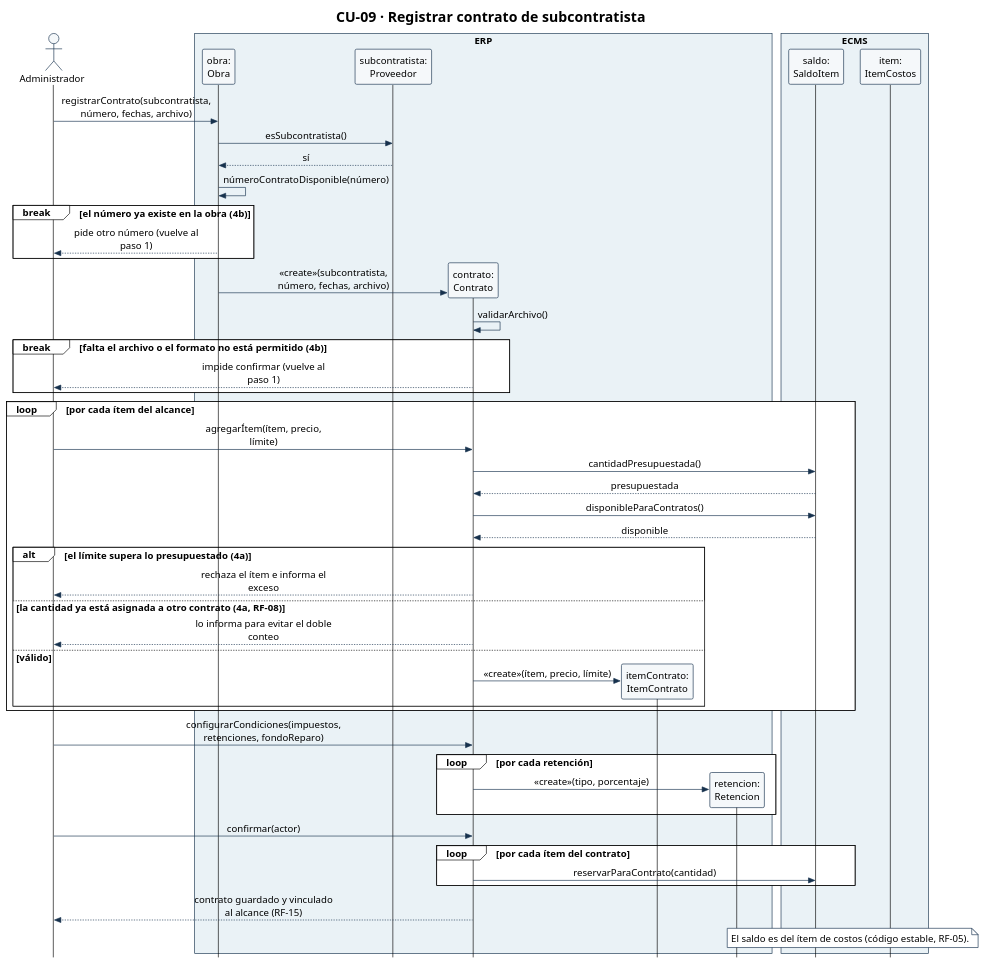
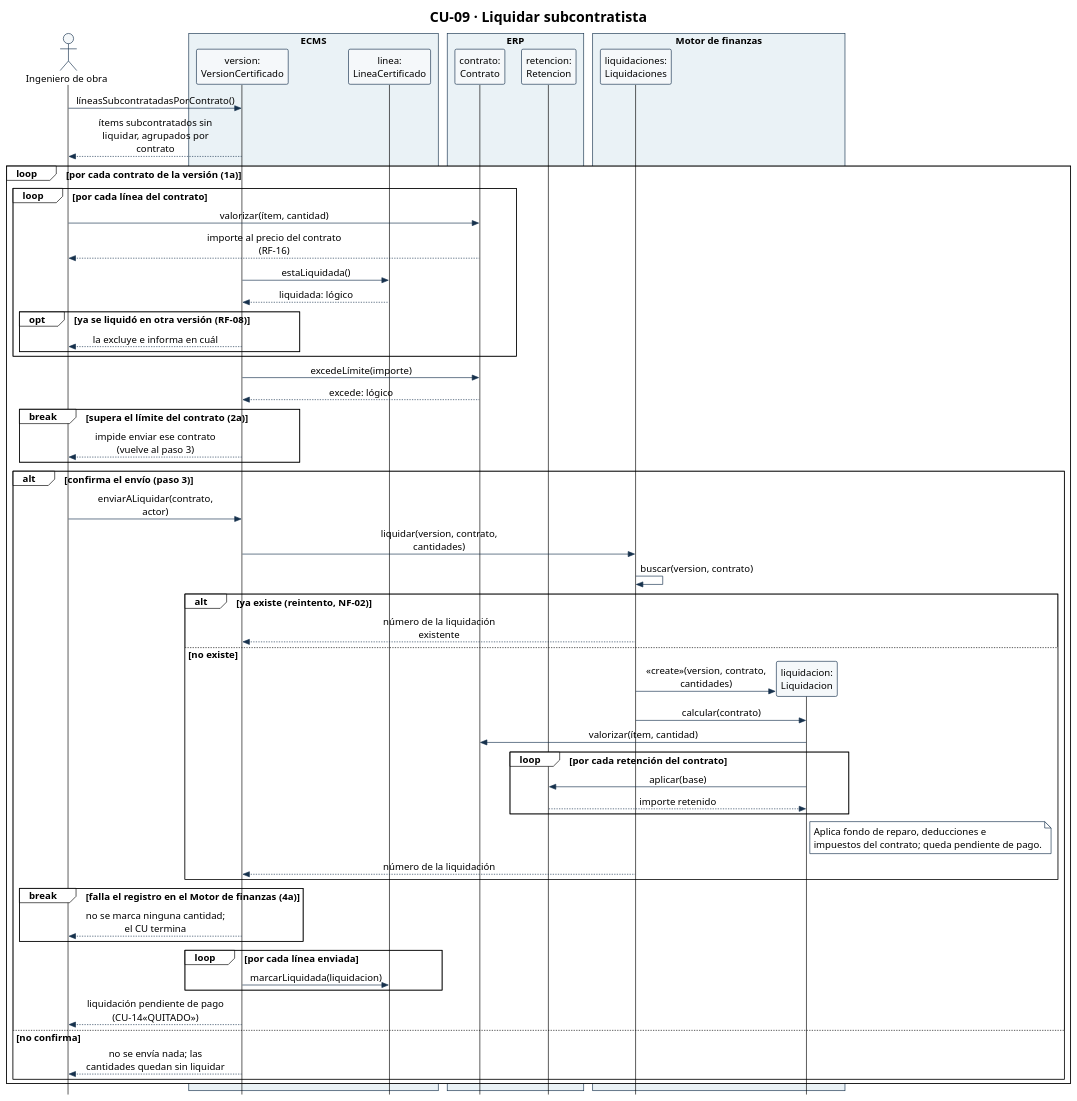
The diagram in diagramas/CU-09-secuencia.puml (Ssrrb/tpf-uca), drawn with PlantUML before and after one commit. The commit also changed 51 other files, not shown here.

First line of the commit message:
Renumera los diagramas de CU 1 al 16 en orden de dependencia y saca los que salen del MVP

```diff
--- a/diagramas/CU-09-secuencia.puml
+++ b/diagramas/CU-09-secuencia.puml
@@ -1,77 +1,86 @@
 @startuml
 !theme plain
 skinparam style strictuml
 skinparam shadowing false
 skinparam defaultFontName Arial
 skinparam defaultFontSize 15
 skinparam sequenceMessageAlign center
 skinparam maxMessageSize 220
 skinparam ParticipantPadding 8
 skinparam BoxPadding 6
 skinparam ParticipantBackgroundColor #F5F8FA
 skinparam ParticipantBorderColor #17324D
 skinparam ActorBorderColor #17324D
 skinparam ActorBackgroundColor #F5F8FA
 skinparam ArrowColor #17324D
 skinparam SequenceBoxBorderColor #17324D
 skinparam note {
   BackgroundColor #FFFFFF
   BorderColor #17324D
 }
 hide footbox
-title CU-09 · Registrar contrato de subcontratista
-actor "Administrador" as Admin
+title CU-09 · Liquidar subcontratista
+actor "Ingeniero de obra" as Ing
+box "ECMS" #EAF2F6
+participant "version:\nVersionCertificado" as V
+participant "linea:\nLineaCertificado" as Lin
+end box
 box "ERP" #EAF2F6
-participant "obra:\nObra" as Obra
-participant "subcontratista:\nProveedor" as Prov
 participant "contrato:\nContrato" as Con
-participant "itemContrato:\nItemContrato" as IC
 participant "retencion:\nRetencion" as Ret
 end box
-box "ECMS" #EAF2F6
-participant "saldo:\nSaldoItem" as Saldo
-participant "item:\nItemCostos" as Item
+box "Motor de finanzas" #EAF2F6
+participant "liquidaciones:\nLiquidaciones" as Mot
+participant "liquidacion:\nLiquidacion" as Liq
 end box
 
-Admin -> Obra: registrarContrato(subcontratista, número, fechas, archivo)
-Obra -> Prov: esSubcontratista()
-Prov --> Obra: sí
-Obra -> Obra: númeroContratoDisponible(número)
-break el número ya existe en la obra (4b)
-  Obra --> Admin: pide otro número (vuelve al paso 1)
-end
-create Con
-Obra -> Con: «create»(subcontratista, número, fechas, archivo)
-Con -> Con: validarArchivo()
-break falta el archivo o el formato no está permitido (4b)
-  Con --> Admin: impide confirmar (vuelve al paso 1)
-end
-loop por cada ítem del alcance
-  Admin -> Con: agregarÍtem(ítem, precio, límite)
-  Con -> Saldo: cantidadPresupuestada()
-  Saldo --> Con: presupuestada
-  Con -> Saldo: disponibleParaContratos()
-  Saldo --> Con: disponible
-  alt el límite supera lo presupuestado (4a)
-    Con --> Admin: rechaza el ítem e informa el exceso
-  else la cantidad ya está asignada a otro contrato (4a, RF-08)
-    Con --> Admin: lo informa para evitar el doble conteo
-  else válido
-    create IC
-    Con -> IC: «create»(ítem, precio, límite)
+Ing -> V: líneasSubcontratadasPorContrato()
+V --> Ing: ítems subcontratados sin liquidar, agrupados por contrato
+loop por cada contrato de la versión (1a)
+  loop por cada línea del contrato
+    Ing -> Con: valorizar(ítem, cantidad)
+    Con --> Ing: importe al precio del contrato (RF-16)
+    V -> Lin: estaLiquidada()
+    Lin --> V: liquidada: lógico
+    opt ya se liquidó en otra versión (RF-08)
+      V --> Ing: la excluye e informa en cuál
+    end
+  end
+  V -> Con: excedeLímite(importe)
+  Con --> V: excede: lógico
+  break supera el límite del contrato (2a)
+    V --> Ing: impide enviar ese contrato (vuelve al paso 3)
+  end
+  alt confirma el envío (paso 3)
+    Ing -> V: enviarALiquidar(contrato, actor)
+    V -> Mot: liquidar(version, contrato, cantidades)
+    Mot -> Mot: buscar(version, contrato)
+    alt ya existe (reintento, NF-02)
+      Mot --> V: número de la liquidación existente
+    else no existe
+      create Liq
+      Mot -> Liq: «create»(version, contrato, cantidades)
+      Mot -> Liq: calcular(contrato)
+      Liq -> Con: valorizar(ítem, cantidad)
+      loop por cada retención del contrato
+        Liq -> Ret: aplicar(base)
+        Ret --> Liq: importe retenido
+      end
+      note right of Liq
+        Aplica fondo de reparo, deducciones e
+        impuestos del contrato; queda pendiente de pago.
+      end note
+      Mot --> V: número de la liquidación
+    end
+    break falla el registro en el Motor de finanzas (4a)
+      V --> Ing: no se marca ninguna cantidad; el CU termina
+    end
+    loop por cada línea enviada
+      V -> Lin: marcarLiquidada(liquidacion)
+    end
+    V --> Ing: liquidación pendiente de pago (CU-14«QUITADO»)
+  else no confirma
+    V --> Ing: no se envía nada; las cantidades quedan sin liquidar
   end
 end
-Admin -> Con: configurarCondiciones(impuestos, retenciones, fondoReparo)
-loop por cada retención
-  create Ret
-  Con -> Ret: «create»(tipo, porcentaje)
-end
-Admin -> Con: confirmar(actor)
-loop por cada ítem del contrato
-  Con -> Saldo: reservarParaContrato(cantidad)
-end
-Con --> Admin: contrato guardado y vinculado al alcance (RF-15)
-note over Item, Saldo
-  El saldo es del ítem de costos (código estable, RF-05).
-end note
 @enduml
```
